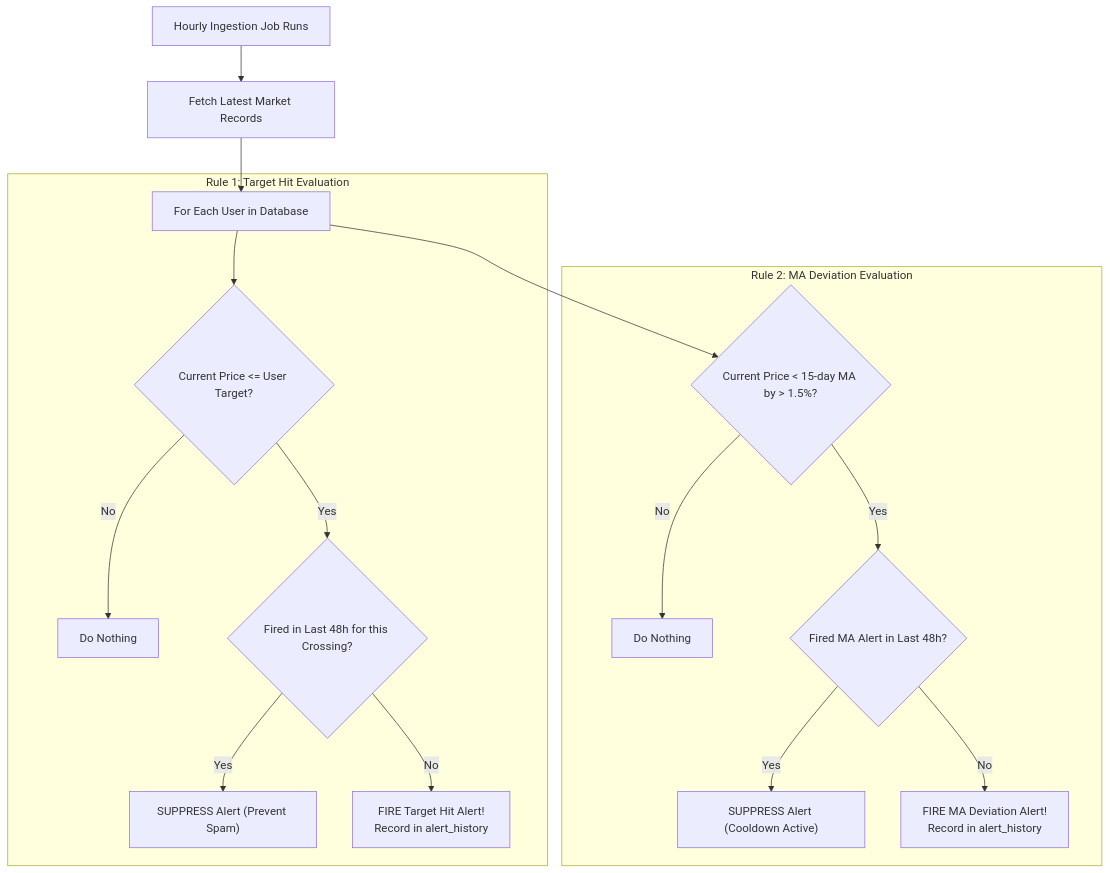
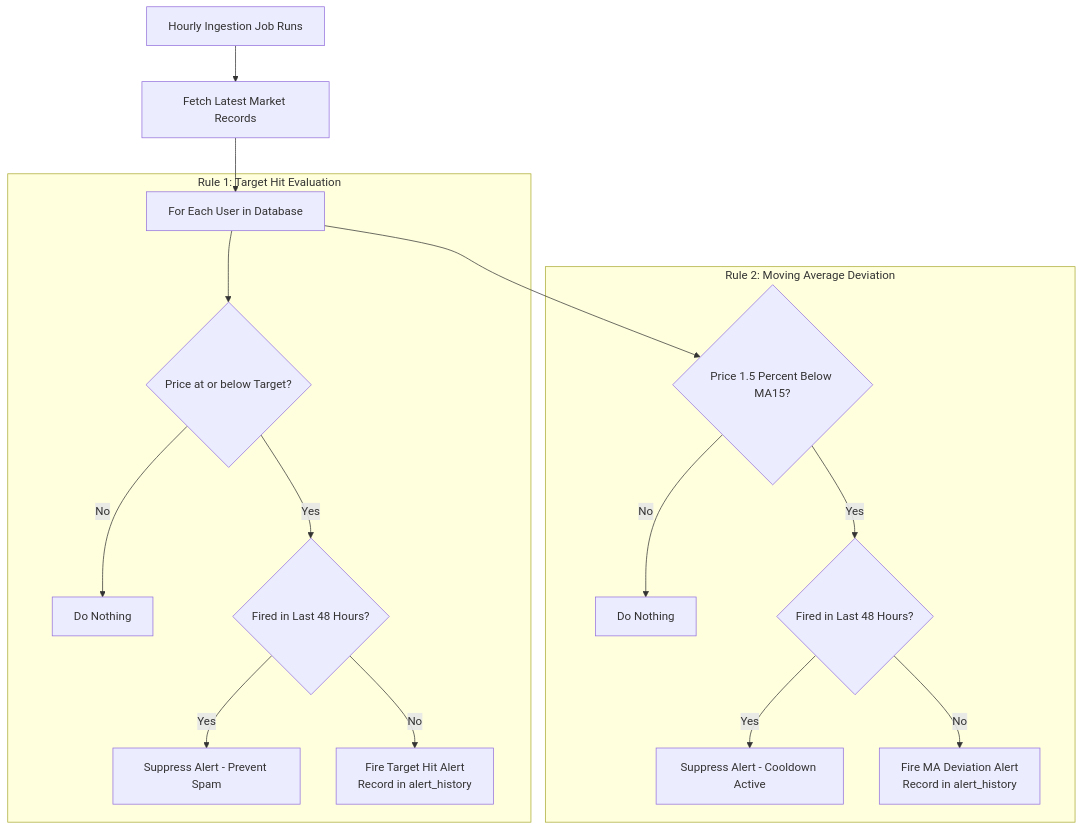
Before and after one commit to HarshkumarG007/AurumAI: the sixth of 7 diagrams in README.md, drawn with Mermaid. The commit also changed other lines of this file, not shown here.

Commit message:
fix(docs): resolve GitHub Mermaid diagram syntax errors and clean formatting

````diff
--- a/README.md
+++ b/README.md
@@ -433,21 +438,21 @@
 ```mermaid
 flowchart TD
     START["Hourly Ingestion Job Runs"] --> FETCH["Fetch Latest Market Records"]
     FETCH --> USER_LOOP["For Each User in Database"]
     
-    subgraph Rule1["Rule 1: Target Hit Evaluation"]
-        USER_LOOP --> T_CHECK{"Current Price <= User Target?"}
+    subgraph Target_Hit_Rule ["Rule 1: Target Hit Evaluation"]
+        USER_LOOP --> T_CHECK{"Price at or below Target?"}
         T_CHECK -->|No| T_NONE["Do Nothing"]
-        T_CHECK -->|Yes| T_HIST{"Fired in Last 48h for this Crossing?"}
-        T_HIST -->|Yes| T_SUPPRESS["SUPPRESS Alert (Prevent Spam)"]
-        T_HIST -->|No| T_FIRE["FIRE Target Hit Alert!<br>Record in alert_history"]
+        T_CHECK -->|Yes| T_HIST{"Fired in Last 48 Hours?"}
+        T_HIST -->|Yes| T_SUPPRESS["Suppress Alert - Prevent Spam"]
+        T_HIST -->|No| T_FIRE["Fire Target Hit Alert<br/>Record in alert_history"]
     end
 
-    subgraph Rule2["Rule 2: MA Deviation Evaluation"]
-        USER_LOOP --> MA_CHECK{"Current Price < 15-day MA by > 1.5%?"}
+    subgraph MA_Deviation_Rule ["Rule 2: Moving Average Deviation"]
+        USER_LOOP --> MA_CHECK{"Price 1.5 Percent Below MA15?"}
         MA_CHECK -->|No| MA_NONE["Do Nothing"]
-        MA_CHECK -->|Yes| MA_HIST{"Fired MA Alert in Last 48h?"}
-        MA_HIST -->|Yes| MA_SUPPRESS["SUPPRESS Alert (Cooldown Active)"]
-        MA_HIST -->|No| MA_FIRE["FIRE MA Deviation Alert!<br>Record in alert_history"]
+        MA_CHECK -->|Yes| MA_HIST{"Fired in Last 48 Hours?"}
+        MA_HIST -->|Yes| MA_SUPPRESS["Suppress Alert - Cooldown Active"]
+        MA_HIST -->|No| MA_FIRE["Fire MA Deviation Alert<br/>Record in alert_history"]
     end
 ```
````
